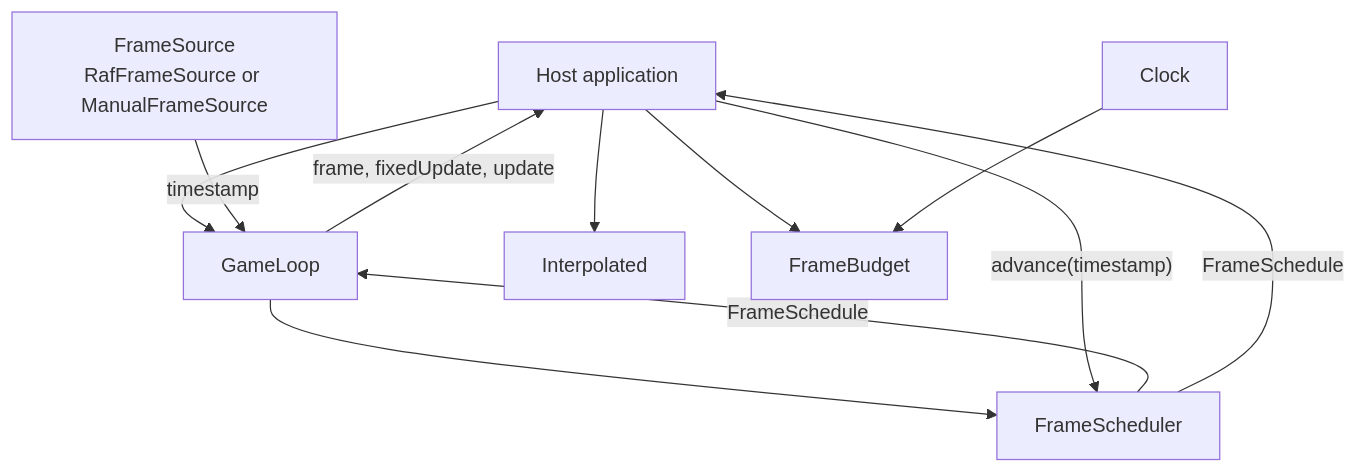
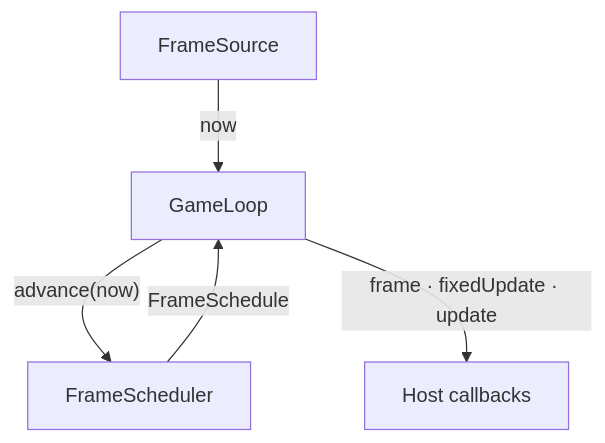
Before and after one commit to JollyPixel/editor: the first of 3 diagrams in packages/loop/ARCHITECTURE.md, drawn with Mermaid. The commit also changed other lines of this file and 19 other files, not shown here.

````diff
--- a/packages/loop/ARCHITECTURE.md
+++ b/packages/loop/ARCHITECTURE.md
@@ -7,15 +6,7 @@
 ```mermaid
 flowchart TB
-    Host["Host application"] --> Loop["GameLoop"]
-    Source["FrameSource<br/>RafFrameSource or ManualFrameSource"] -->|"timestamp"| Loop
-    Loop --> Scheduler["FrameScheduler"]
+    Source["FrameSource"] -->|"now"| Loop["GameLoop"]
+    Loop -->|"advance(now)"| Scheduler["FrameScheduler"]
     Scheduler -->|"FrameSchedule"| Loop
-    Loop -->|"frame, fixedUpdate, update"| Host
-
-    Host -->|"advance(timestamp)"| Scheduler
-    Scheduler -->|"FrameSchedule"| Host
-
-    Host --> Interpolated["Interpolated"]
-    Host --> Budget["FrameBudget"]
-    Clock["Clock"] --> Budget
+    Loop -->|"frame · fixedUpdate · update"| Host["Host callbacks"]
 ```
````
